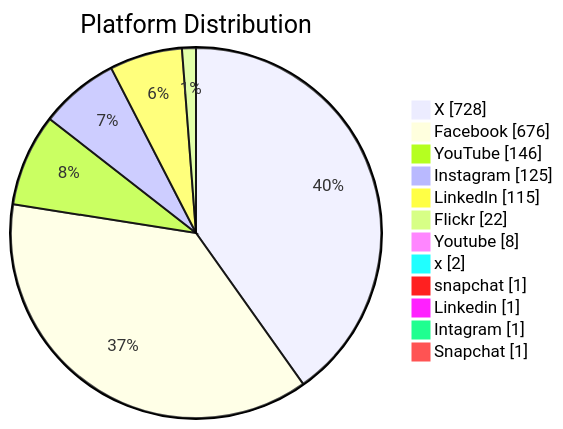
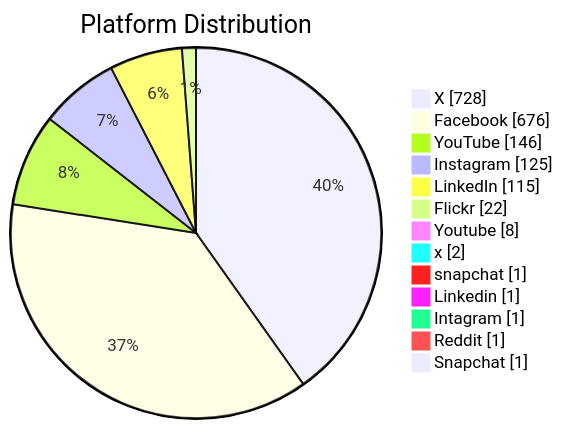
Before and after one commit to PatLittle/GC-Socials: the second of 6 diagrams in README.md, drawn with Mermaid. The commit also changed other lines of this file, not shown here.

Commit message:
Update README with Platform Distribution pie chart

````diff
--- a/README.md
+++ b/README.md
@@ -45,15 +46,16 @@
 ```mermaid
 pie showData title Platform Distribution
     "X": 728
     "Facebook": 676
     "YouTube": 146
     "Instagram": 125
     "LinkedIn": 115
     "Flickr": 22
     "Youtube": 8
     "x": 2
     "snapchat": 1
     "Linkedin": 1
     "Intagram": 1
+    "Reddit": 1
     "Snapchat": 1
 ```
````
